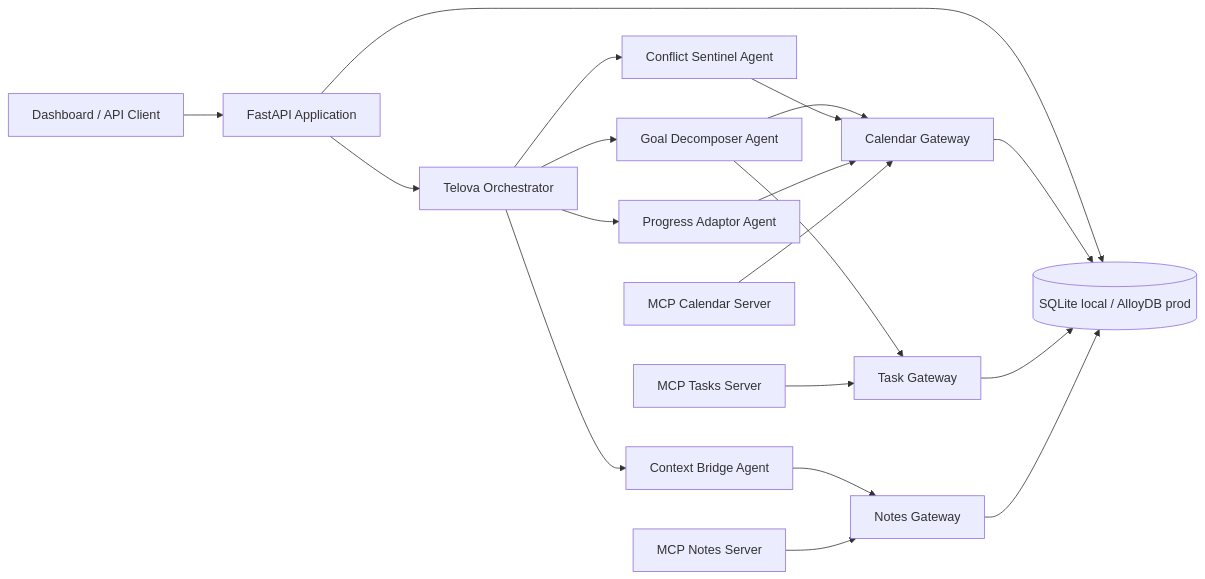
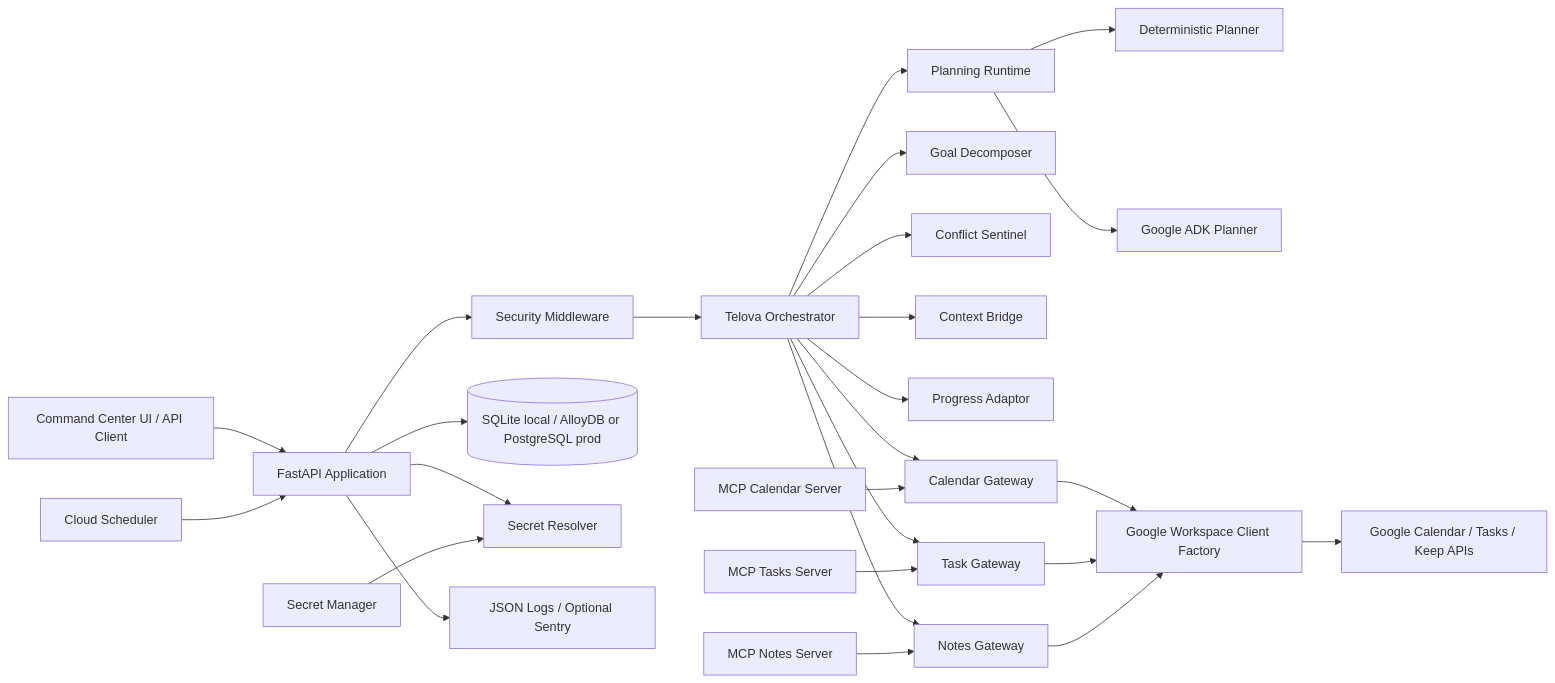
The first of 5 diagrams in docs/hld-lld.md (Devaraj-05/telova), drawn with Mermaid before and after one commit. The commit also changed other lines of this file and 35 other files, not shown here.

First line of the commit message:
added initial database schema and integration with Google Workspace

````diff
--- a/docs/hld-lld.md
+++ b/docs/hld-lld.md
@@ -21,21 +22,28 @@
 ```mermaid
 flowchart LR
-    UI[Dashboard / API Client] --> API[FastAPI Application]
-    API --> ORCH[Telova Orchestrator]
-    ORCH --> GD[Goal Decomposer Agent]
-    ORCH --> CS[Conflict Sentinel Agent]
-    ORCH --> CB[Context Bridge Agent]
-    ORCH --> PA[Progress Adaptor Agent]
-    GD --> CAL[Calendar Gateway]
-    GD --> TSK[Task Gateway]
-    CB --> NTS[Notes Gateway]
-    CS --> CAL
-    PA --> CAL
-    API --> DB[(SQLite local / AlloyDB prod)]
-    CAL --> DB
-    TSK --> DB
-    NTS --> DB
+    UI[Command Center UI / API Client] --> API[FastAPI Application]
+    API --> SEC[Security Middleware]
+    SEC --> ORCH[Telova Orchestrator]
+    ORCH --> PLAN[Planning Runtime]
+    PLAN --> DET[Deterministic Planner]
+    PLAN --> ADK[Google ADK Planner]
+    ORCH --> GD[Goal Decomposer]
+    ORCH --> CS[Conflict Sentinel]
+    ORCH --> CB[Context Bridge]
+    ORCH --> PA[Progress Adaptor]
+    ORCH --> CAL[Calendar Gateway]
+    ORCH --> TSK[Task Gateway]
+    ORCH --> NTS[Notes Gateway]
+    CAL --> GW[Google Workspace Client Factory]
+    TSK --> GW
+    NTS --> GW
+    GW --> GAPI[Google Calendar / Tasks / Keep APIs]
+    API --> DB[(SQLite local / AlloyDB or PostgreSQL prod)]
+    API --> RES[Secret Resolver]
+    API --> OBS[JSON Logs / Optional Sentry]
     MCP1[MCP Calendar Server] --> CAL
     MCP2[MCP Tasks Server] --> TSK
     MCP3[MCP Notes Server] --> NTS
+    SCH[Cloud Scheduler] --> API
+    SM[Secret Manager] --> RES
 ```
````
